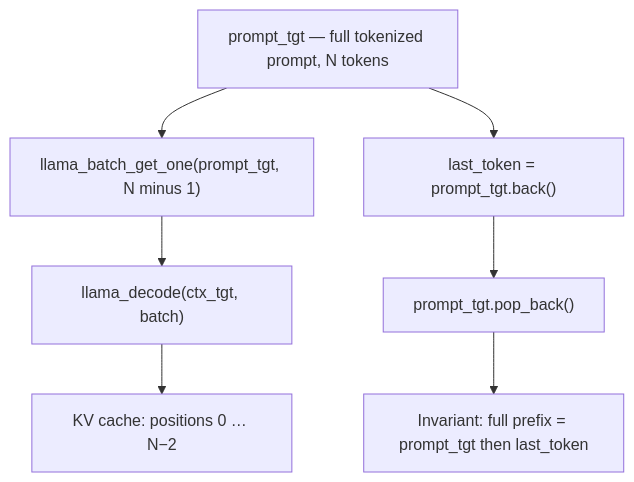
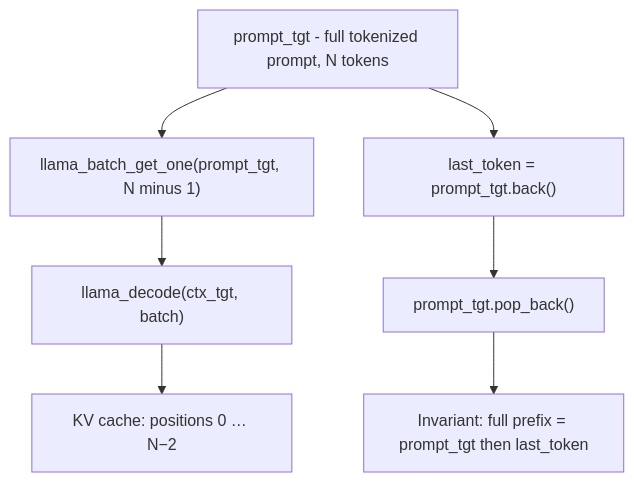
One commit to petersid2022/master-thesis changed the second of 6 diagrams in spectre/presentation/mermaid/diagrams.md. Above: the diagram before and after it, drawn with Mermaid. The commit also changed 16 other files, not shown here.

````diff
--- a/spectre/presentation/mermaid/diagrams.md
+++ b/spectre/presentation/mermaid/diagrams.md
@@ -32,9 +32,9 @@
 ```mermaid
 flowchart TD
-  P["prompt_tgt — full tokenized prompt, N tokens"] --> B["llama_batch_get_one(prompt_tgt, N minus 1)"]
+  P["prompt_tgt - full tokenized prompt, N tokens"] --> B["llama_batch_get_one(prompt_tgt, N minus 1)"]
   B --> D["llama_decode(ctx_tgt, batch)"]
   D --> KV["KV cache: positions 0 … N−2"]
   P --> L["last_token = prompt_tgt.back()"]
   L --> POP["prompt_tgt.pop_back()"]
   POP --> INV["Invariant: full prefix = prompt_tgt then last_token"]
 ```
````
